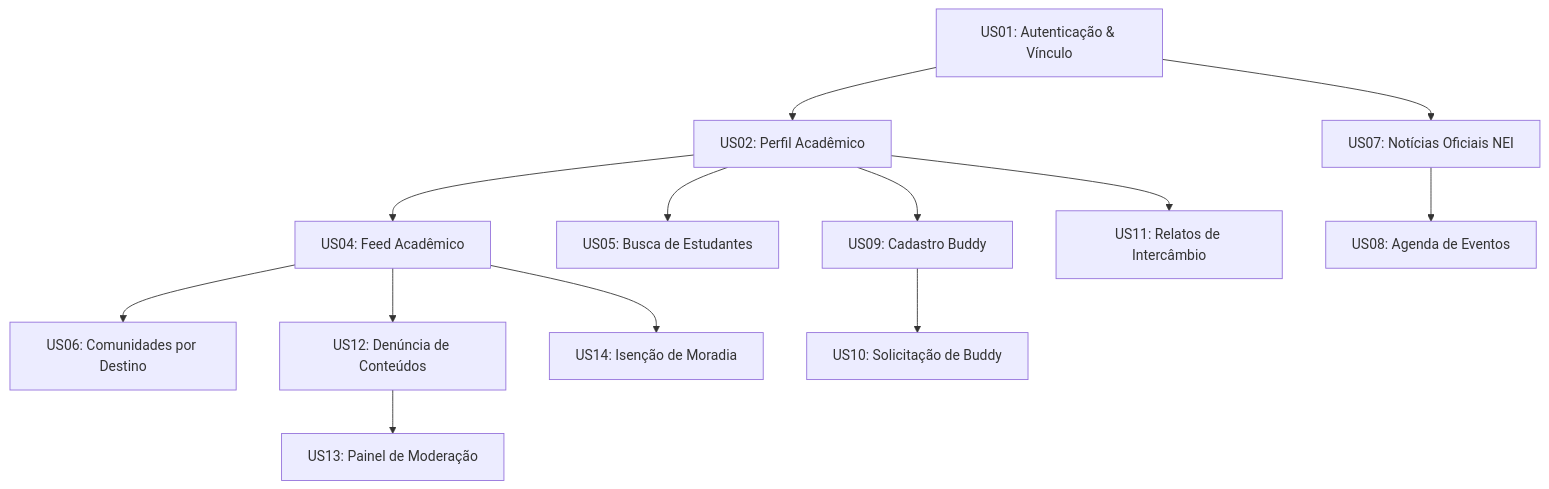
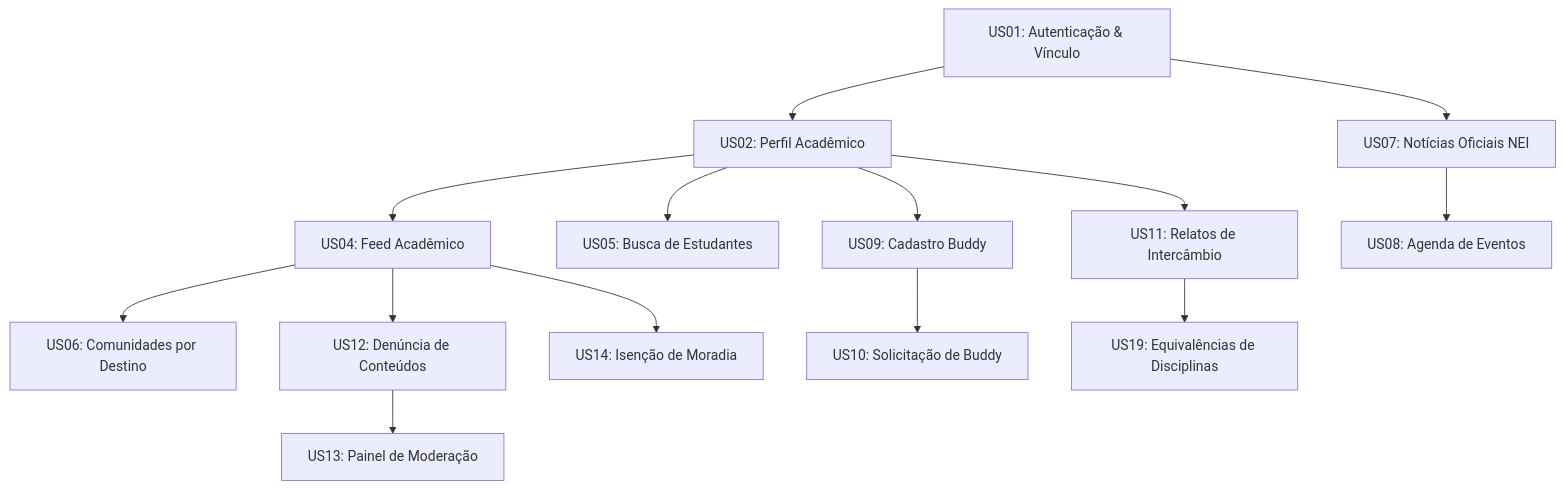
Before and after one commit to Nikolasvianna-hub/conecta-intercambio: the diagram in docs/backlog.md, drawn with Mermaid. The commit also changed other lines of this file and 6 other files, not shown here.

````diff
--- a/docs/backlog.md
+++ b/docs/backlog.md
@@ -305,15 +323,16 @@
 ```mermaid
 graph TD
     US01[US01: Autenticação & Vínculo] --> US02[US02: Perfil Acadêmico]
     US01 --> US07[US07: Notícias Oficiais NEI]
     US02 --> US04[US04: Feed Acadêmico]
     US02 --> US05[US05: Busca de Estudantes]
     US02 --> US09[US09: Cadastro Buddy]
     US02 --> US11[US11: Relatos de Intercâmbio]
     US04 --> US06[US06: Comunidades por Destino]
     US04 --> US12[US12: Denúncia de Conteúdos]
     US04 --> US14[US14: Isenção de Moradia]
     US07 --> US08[US08: Agenda de Eventos]
     US09 --> US10[US10: Solicitação de Buddy]
     US12 --> US13[US13: Painel de Moderação]
+    US11 --> US19[US19: Equivalências de Disciplinas]
 ```
````
